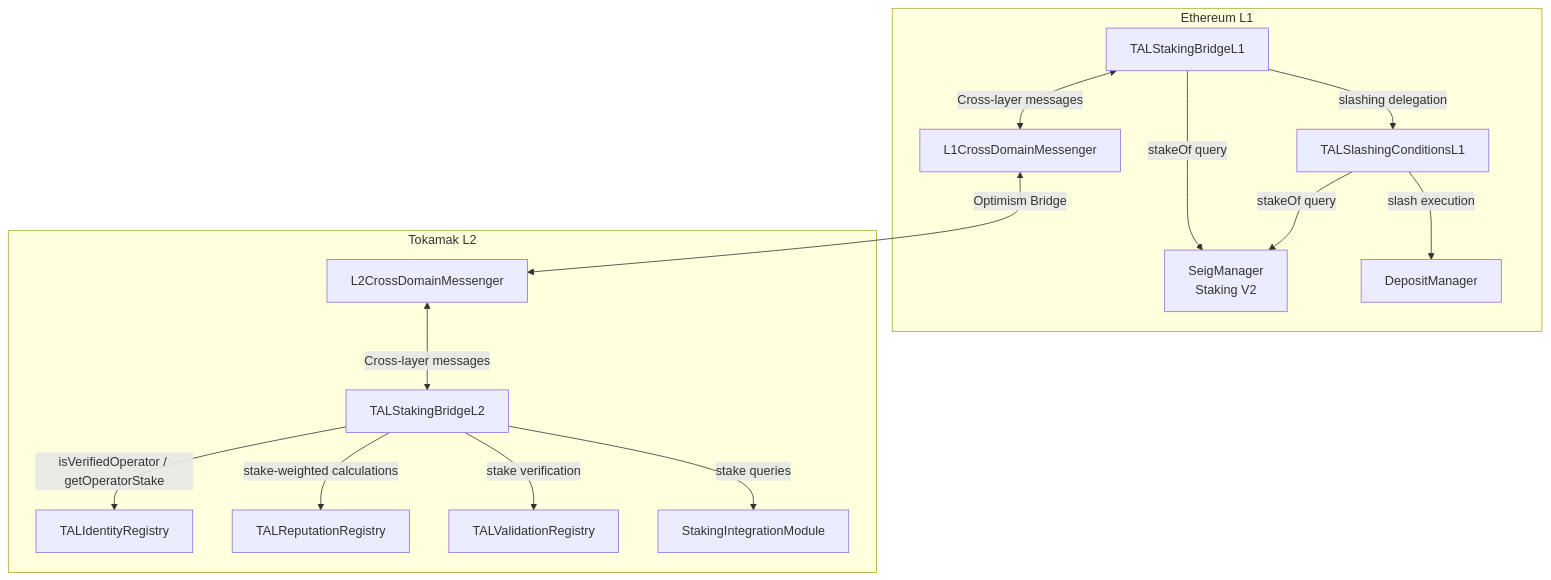
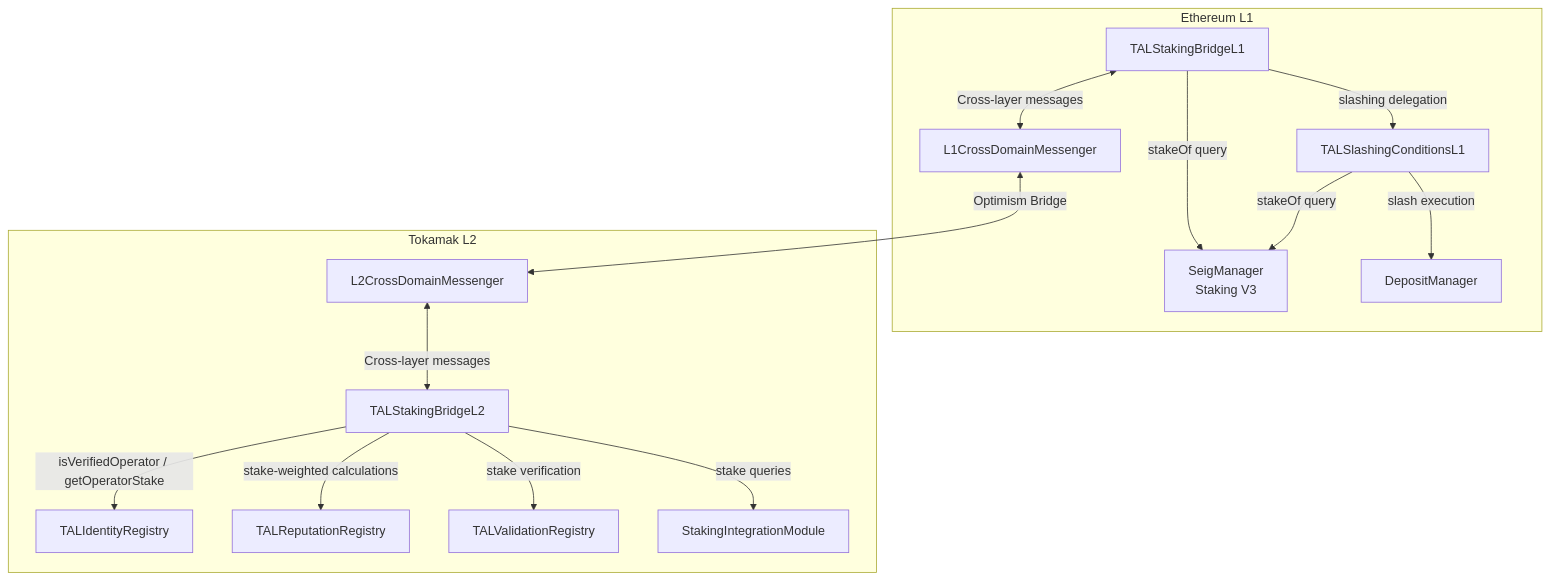
Before and after one commit to Mehd1b/Tokamak-AI-Layer: the first of 3 diagrams in docs/docs/architecture/cross-layer-bridge.md, drawn with Mermaid. The commit also changed other lines of this file and 21 other files, not shown here.

````diff
--- a/docs/docs/architecture/cross-layer-bridge.md
+++ b/docs/docs/architecture/cross-layer-bridge.md
@@ -12,34 +12,34 @@
 ```mermaid
 flowchart TB
     subgraph L1["Ethereum L1"]
-        SV2[SeigManager<br/>Staking V2]
+        SV2[SeigManager<br/>Staking V3]
         DM[DepositManager]
         SBL1[TALStakingBridgeL1]
         SC[TALSlashingConditionsL1]
         CDM1[L1CrossDomainMessenger]
     end
 
     subgraph L2["Tokamak L2"]
         SBL2[TALStakingBridgeL2]
         CDM2[L2CrossDomainMessenger]
         IR[TALIdentityRegistry]
         RR[TALReputationRegistry]
         VR[TALValidationRegistry]
         SIM[StakingIntegrationModule]
     end
 
     SBL1 -->|stakeOf query| SV2
     SC -->|stakeOf query| SV2
     SC -->|slash execution| DM
 
     SBL1 <-->|Cross-layer messages| CDM1
     CDM1 <-->|Optimism Bridge| CDM2
     CDM2 <-->|Cross-layer messages| SBL2
 
     SBL2 -->|isVerifiedOperator / getOperatorStake| IR
     SBL2 -->|stake-weighted calculations| RR
     SBL2 -->|stake verification| VR
     SBL2 -->|stake queries| SIM
 
     SBL1 -->|slashing delegation| SC
 ```
````
